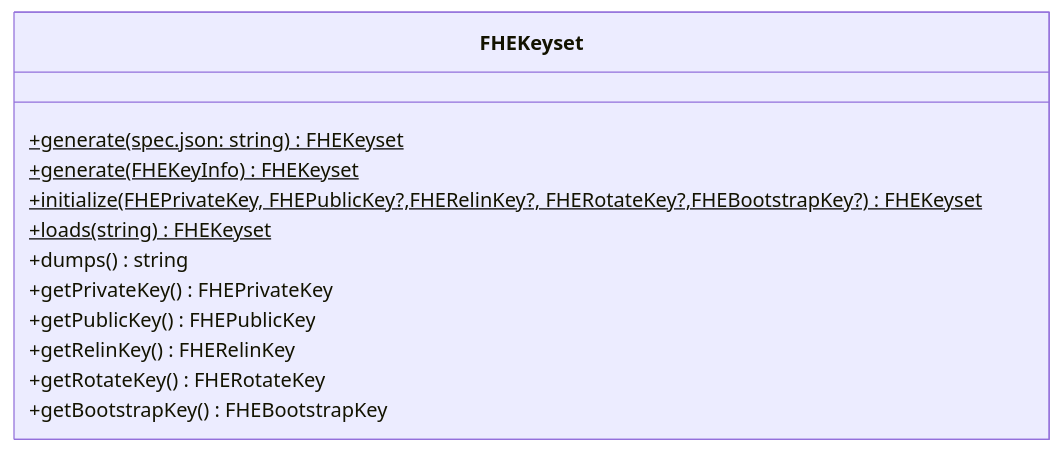
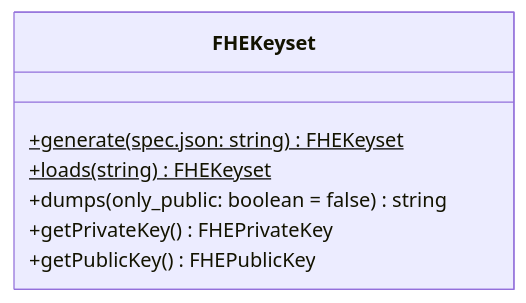
Before and after one commit to primus-labs/Aegis: the second of 7 diagrams in docs/design/binding.md, drawn with Mermaid. The commit also changed other lines of this file, not shown here.

````diff
--- a/docs/design/binding.md
+++ b/docs/design/binding.md
@@ -109,15 +66,10 @@
 ```mermaid {align="center"}
 classDiagram
   class FHEKeyset {
     +generate(spec.json: string) FHEKeyset$
-    +generate(FHEKeyInfo) FHEKeyset$
-    +initialize(FHEPrivateKey, FHEPublicKey?,FHERelinKey?, FHERotateKey?,FHEBootstrapKey?) FHEKeyset$
     +loads(string) FHEKeyset$
-    +dumps() string
+    +dumps(only_public: boolean = false) string
     +getPrivateKey() FHEPrivateKey
     +getPublicKey() FHEPublicKey
-    +getRelinKey() FHERelinKey
-    +getRotateKey() FHERotateKey
-    +getBootstrapKey() FHEBootstrapKey
   }
 ```
````
